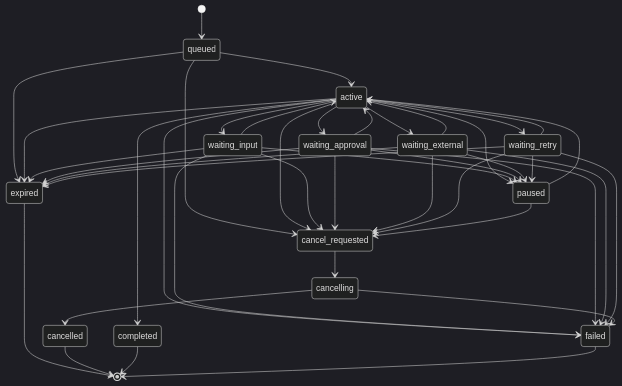
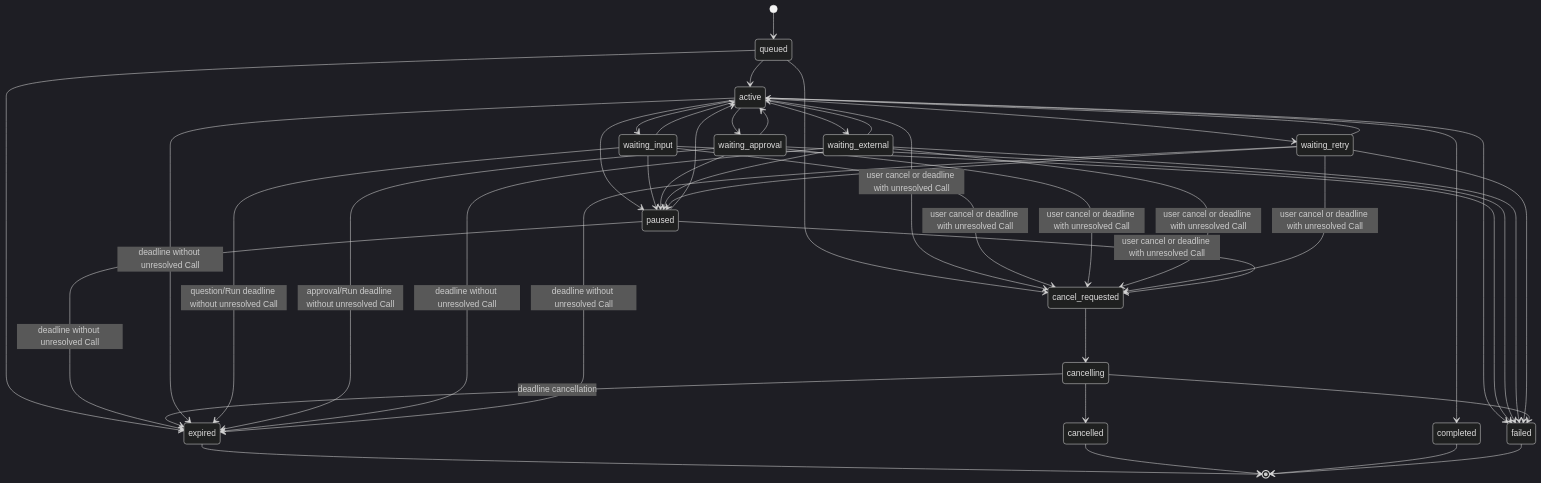
One commit to Carlehyy/OpenOntology changed the diagram in docs/architecture/super-assistant-execution-model.md. Above: the diagram before and after it, drawn with Mermaid (dark theme). The commit also changed other lines of this file and 7 other files, not shown here.

````diff
--- a/docs/architecture/super-assistant-execution-model.md
+++ b/docs/architecture/super-assistant-execution-model.md
@@ -25,45 +25,47 @@
 ```mermaid
 stateDiagram-v2
     [*] --> queued
     queued --> active
     queued --> cancel_requested
     queued --> expired
     active --> waiting_input
     active --> waiting_approval
     active --> waiting_external
     active --> waiting_retry
     active --> paused
-    active --> cancel_requested
+    active --> cancel_requested: user cancel or deadline with unresolved Call
     active --> completed
     active --> failed
     waiting_input --> active
     waiting_input --> failed
     waiting_approval --> active
     waiting_approval --> failed
     waiting_external --> active
     waiting_retry --> active
     waiting_input --> paused
     waiting_approval --> paused
     waiting_external --> paused
     waiting_retry --> paused
     waiting_external --> failed
     waiting_retry --> failed
-    waiting_input --> cancel_requested
-    waiting_approval --> cancel_requested
-    waiting_external --> cancel_requested
-    waiting_retry --> cancel_requested
+    waiting_input --> cancel_requested: user cancel or deadline with unresolved Call
+    waiting_approval --> cancel_requested: user cancel or deadline with unresolved Call
+    waiting_external --> cancel_requested: user cancel or deadline with unresolved Call
+    waiting_retry --> cancel_requested: user cancel or deadline with unresolved Call
     paused --> active
-    paused --> cancel_requested
+    paused --> cancel_requested: user cancel or deadline with unresolved Call
+    paused --> expired: deadline without unresolved Call
     cancel_requested --> cancelling
     cancelling --> cancelled
+    cancelling --> expired: deadline cancellation
     cancelling --> failed
-    active --> expired
-    waiting_input --> expired
-    waiting_approval --> expired
-    waiting_external --> expired
-    waiting_retry --> expired
+    active --> expired: deadline without unresolved Call
+    waiting_input --> expired: question/Run deadline without unresolved Call
+    waiting_approval --> expired: approval/Run deadline without unresolved Call
+    waiting_external --> expired: deadline without unresolved Call
+    waiting_retry --> expired: deadline without unresolved Call
     expired --> [*]
     cancelled --> [*]
     completed --> [*]
     failed --> [*]
 ```
````
